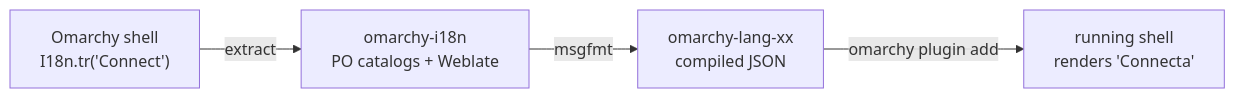
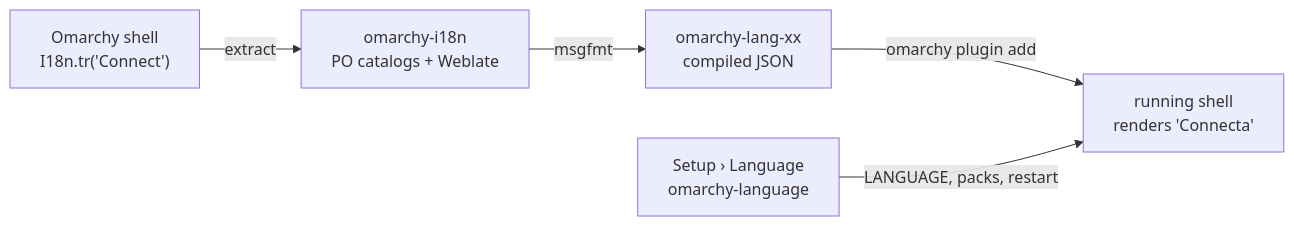
One commit to xavivars/omal10n-poc changed the diagram in README.md. Above: the diagram before and after it, drawn with Mermaid. The commit also changed other lines of this file and 2 other files, not shown here.

First line of the commit message:
Document the language picker

````diff
--- a/README.md
+++ b/README.md
@@ -55,6 +57,7 @@
 ```mermaid
 flowchart LR
   SRC["Omarchy shell<br/>I18n.tr('Connect')"] -->|extract| HUB["omarchy-i18n<br/>PO catalogs + Weblate"]
   HUB -->|msgfmt| PACK["omarchy-lang-xx<br/>compiled JSON"]
   PACK -->|omarchy plugin add| SHELL["running shell<br/>renders 'Connecta'"]
+  PICK["Setup › Language<br/>omarchy-language"] -->|LANGUAGE, packs, restart| SHELL
 ```
````
